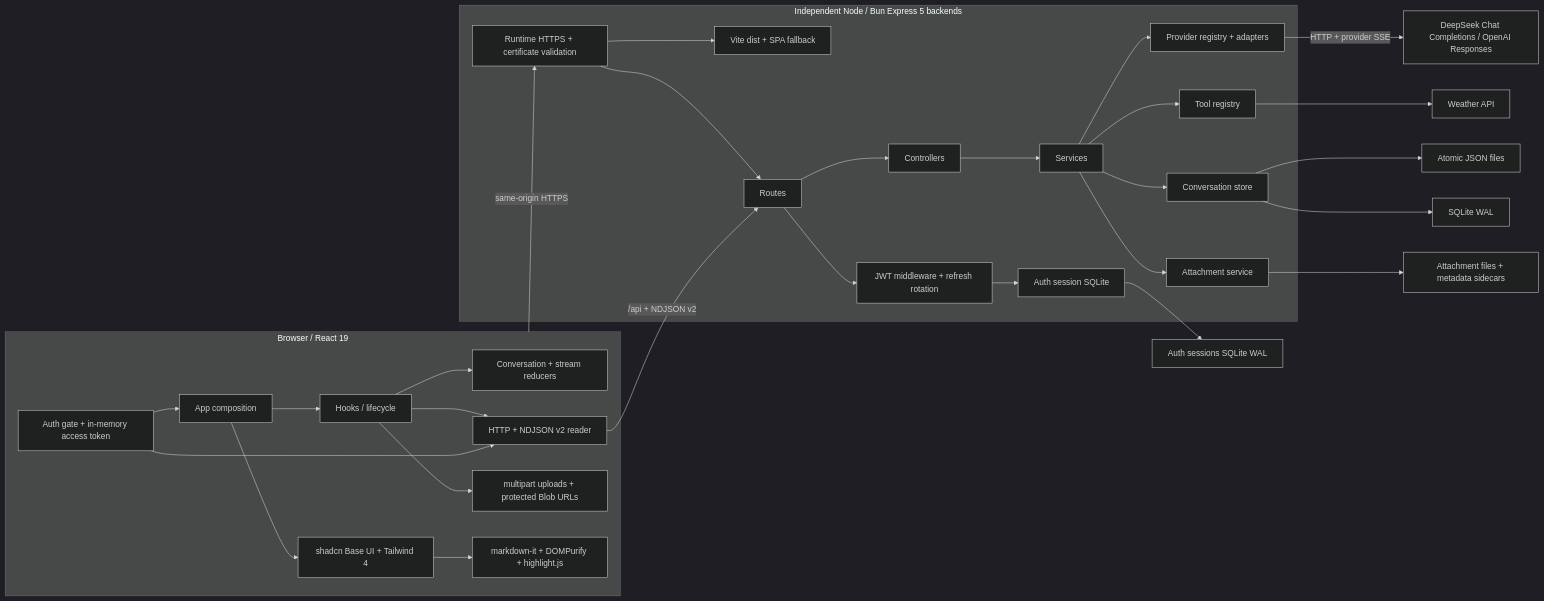
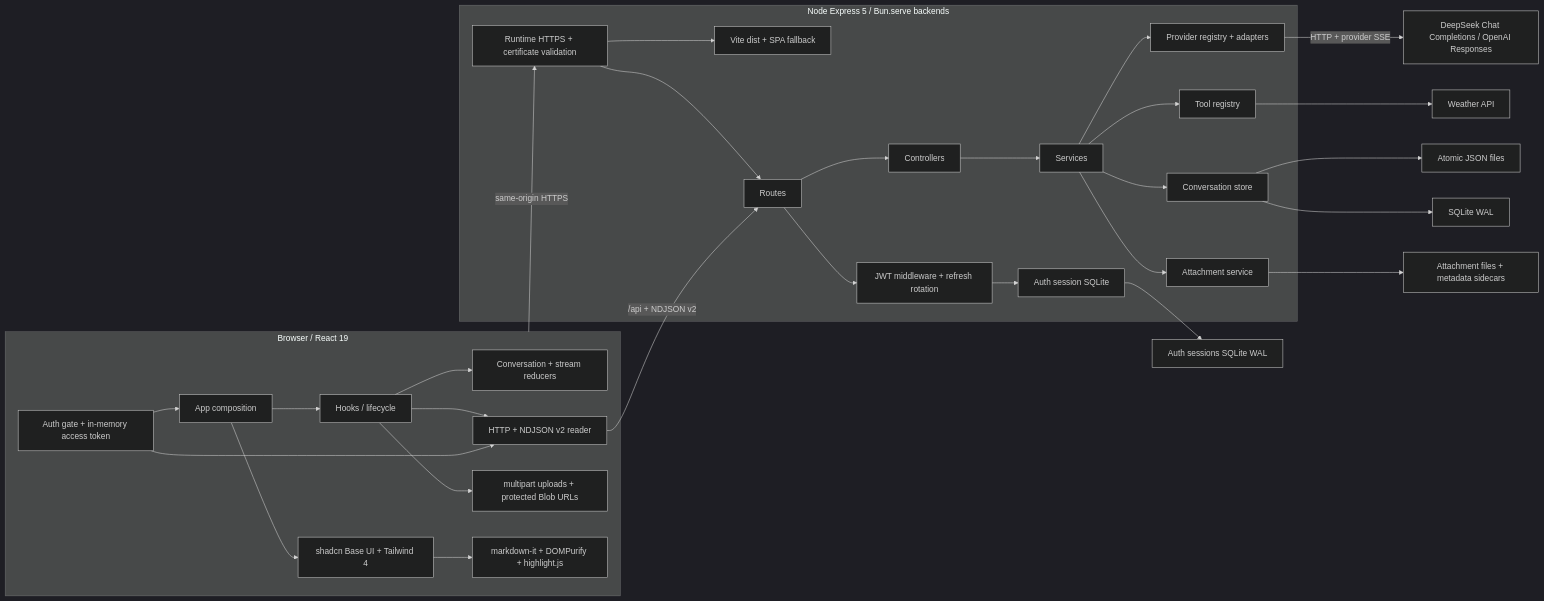
The first of 9 diagrams in docs/architecture.md (imingsmings/chatbot-dev), drawn with Mermaid (dark theme) before and after one commit. The commit also changed other lines of this file and 72 other files, not shown here.

First line of the commit message:
refactor(bun-server): adopt native Bun runtime

````diff
--- a/docs/architecture.md
+++ b/docs/architecture.md
@@ -7,51 +7,51 @@
 ```mermaid
 flowchart LR
   subgraph Browser["Browser / React 19"]
     App["App composition"]
     UI["shadcn Base UI + Tailwind 4"]
     Hooks["Hooks / lifecycle"]
     Reducers["Conversation + stream reducers"]
     ClientAPI["HTTP + NDJSON v2 reader"]
     Uploads["multipart uploads + protected Blob URLs"]
     AuthClient["Auth gate + in-memory access token"]
     Markdown["markdown-it + DOMPurify + highlight.js"]
     App --> UI
     App --> Hooks
     Hooks --> Reducers
     Hooks --> ClientAPI
     Hooks --> Uploads
     AuthClient --> App
     AuthClient --> ClientAPI
     UI --> Markdown
   end
 
-  subgraph Server["Independent Node / Bun Express 5 backends"]
+  subgraph Server["Node Express 5 / Bun.serve backends"]
     TLS["Runtime HTTPS + certificate validation"]
     Static["Vite dist + SPA fallback"]
     Routes["Routes"] --> Controllers["Controllers"] --> Services["Services"]
     Routes --> Auth["JWT middleware + refresh rotation"]
     Services --> LLM["Provider registry + adapters"]
     Services --> Tools["Tool registry"]
     Services --> Store["Conversation store"]
     Services --> AttachmentStore["Attachment service"]
     Auth --> AuthStore["Auth session SQLite"]
     TLS --> Static
     TLS --> Routes
   end
 
   Providers["DeepSeek Chat Completions / OpenAI Responses"]
   Weather["Weather API"]
   Files["Atomic JSON files"]
   SQLite["SQLite WAL"]
   SessionDB["Auth sessions SQLite WAL"]
   AttachmentFiles["Attachment files + metadata sidecars"]
 
   Browser -->|"same-origin HTTPS"| TLS
   ClientAPI -->|"/api + NDJSON v2"| Routes
   LLM -->|"HTTP + provider SSE"| Providers
   Tools --> Weather
   Store --> Files
   Store --> SQLite
   AttachmentStore --> AttachmentFiles
   AuthStore --> SessionDB
 ```
````
